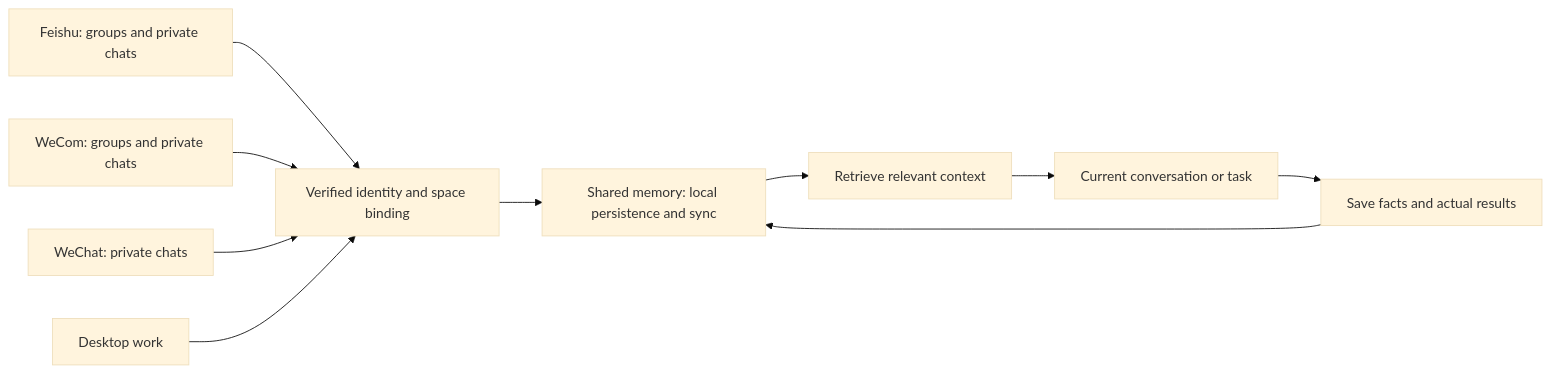
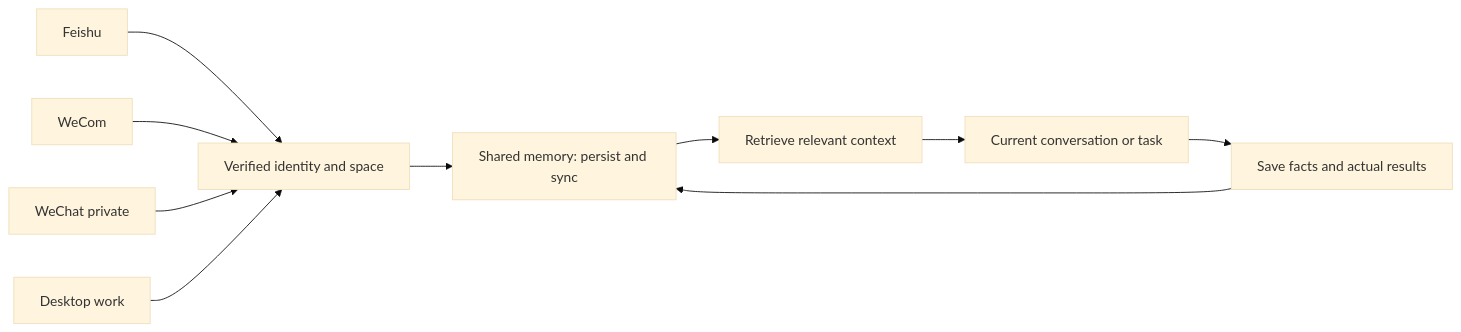
Before and after one commit to KarmenLoop/koder-shared-memory: the diagram in README.md, drawn with Mermaid (base theme). The commit also changed other lines of this file and 3 other files, not shown here.

````diff
--- a/README.md
+++ b/README.md
@@ -49,12 +73,12 @@
 ```mermaid
 flowchart LR
-    F[Feishu: groups and private chats] --> I[Verified identity and space binding]
-    C[WeCom: groups and private chats] --> I
-    W[WeChat: private chats] --> I
+    F[Feishu] --> I[Verified identity and space]
+    C[WeCom] --> I
+    W[WeChat private] --> I
     D[Desktop work] --> I
-    I --> M[Shared memory: local persistence and sync]
+    I --> M[Shared memory: persist and sync]
     M --> R[Retrieve relevant context]
     R --> T[Current conversation or task]
     T --> E[Save facts and actual results]
     E --> M
 ```
````
